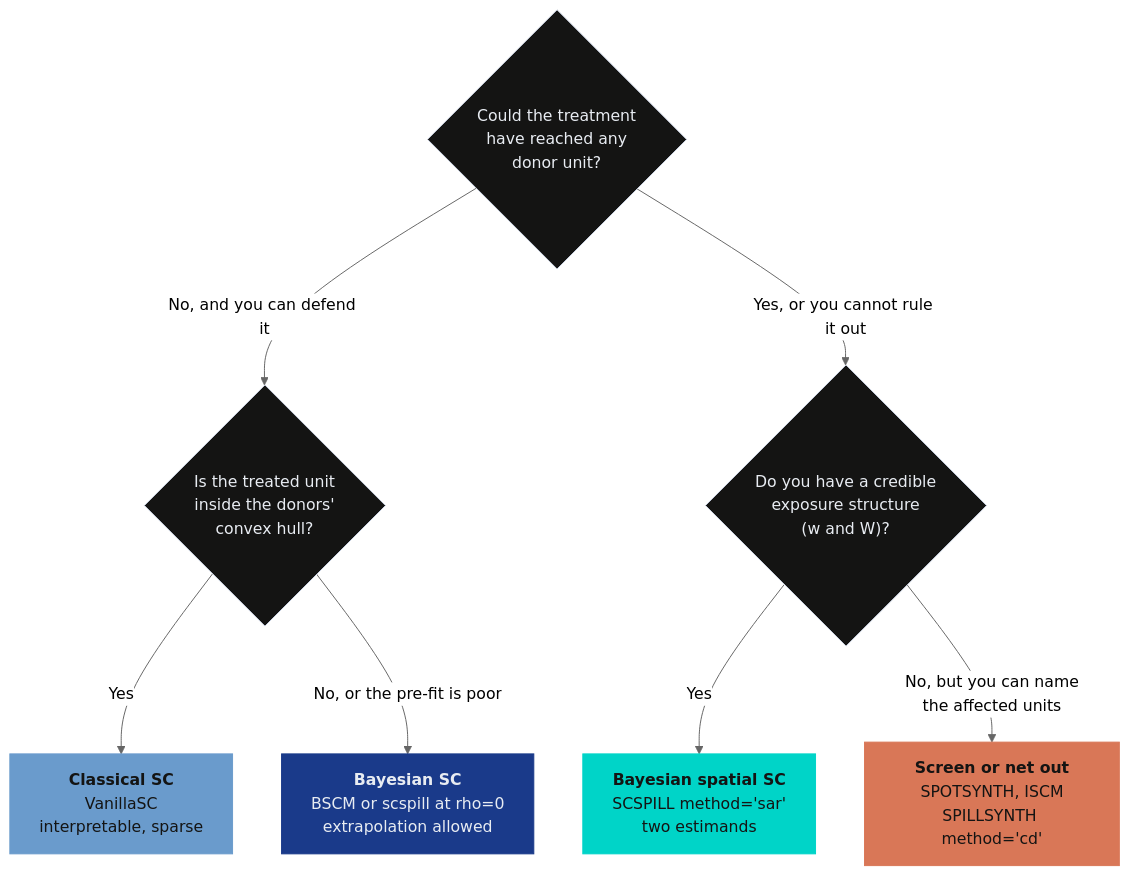
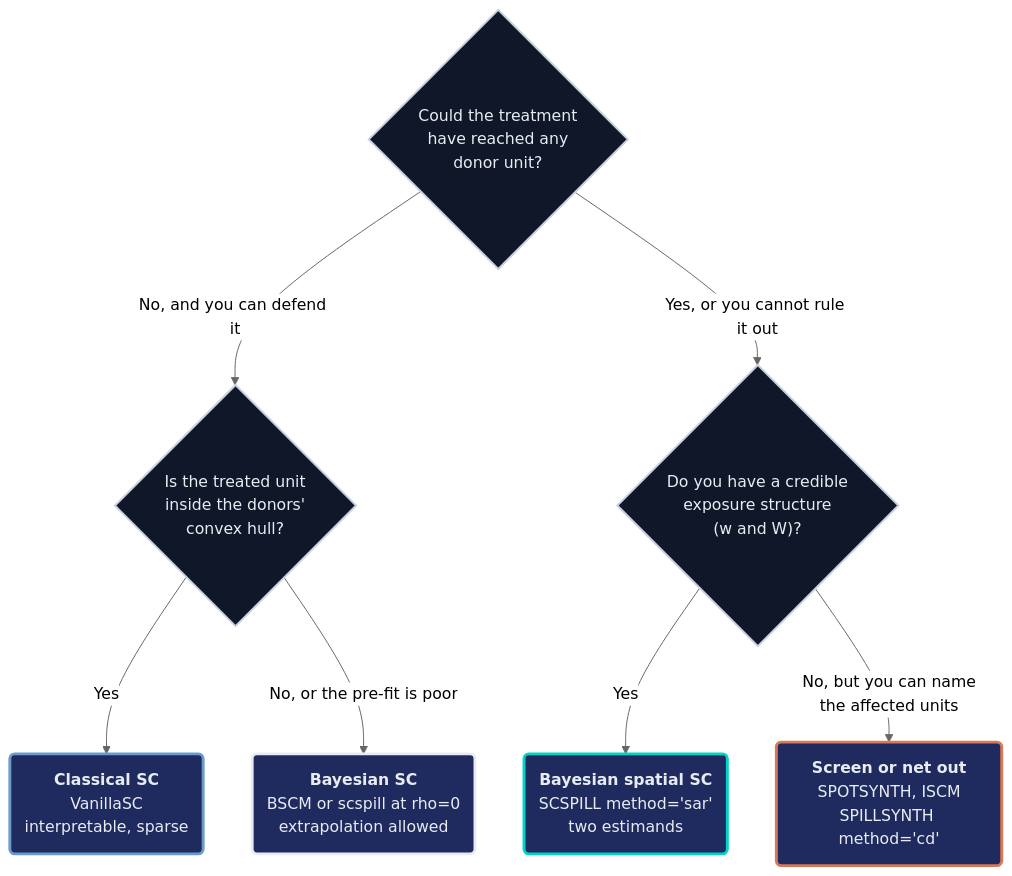
One commit to cmg777/starter-academic-v501 changed the fourth of 4 diagrams in content/post/python_sc_bayes_spatial/references/tutorial.qmd. Above: the diagram before and after it, drawn with Mermaid (neutral theme). The commit also changed other lines of this file and 42 other files, not shown here.

First line of the commit message:
content(mermaid): restyle Mermaid copies in tutorial sources and the LaLonde slide deck

````diff
--- a/content/post/python_sc_bayes_spatial/references/tutorial.qmd
+++ b/content/post/python_sc_bayes_spatial/references/tutorial.qmd
@@ -1321,17 +1329,24 @@
 ```mermaid
 graph TD
     Q1{"Could the treatment<br/>have reached any<br/>donor unit?"}
     Q1 -->|"No, and you can defend it"| Q2{"Is the treated unit<br/>inside the donors'<br/>convex hull?"}
     Q1 -->|"Yes, or you cannot rule it out"| Q3{"Do you have a credible<br/>exposure structure<br/>(w and W)?"}
-    Q2 -->|Yes| SC["<b>Classical SC</b><br/>VanillaSC<br/>interpretable, sparse"]
-    Q2 -->|"No, or the pre-fit is poor"| BSC["<b>Bayesian SC</b><br/>BSCM or scspill at rho=0<br/>extrapolation allowed"]
-    Q3 -->|Yes| SAR["<b>Bayesian spatial SC</b><br/>SCSPILL method='sar'<br/>two estimands"]
-    Q3 -->|"No, but you can name<br/>the affected units"| ALT["<b>Screen or net out</b><br/>SPOTSYNTH, ISCM<br/>SPILLSYNTH method='cd'"]
-    style Q1 fill:#141413,stroke:#c8d0e0,color:#e8ecf2
-    style Q2 fill:#141413,stroke:#c8d0e0,color:#e8ecf2
-    style Q3 fill:#141413,stroke:#c8d0e0,color:#e8ecf2
-    style SC fill:#6a9bcc,stroke:#6a9bcc,color:#141413
-    style BSC fill:#1a3a8a,stroke:#1a3a8a,color:#e8ecf2
-    style SAR fill:#00d4c8,stroke:#00d4c8,color:#141413
-    style ALT fill:#d97757,stroke:#d97757,color:#141413
+    Q2 -->|Yes| SC("<b>Classical SC</b><br/>VanillaSC<br/>interpretable, sparse")
+    Q2 -->|"No, or the pre-fit is poor"| BSC("<b>Bayesian SC</b><br/>BSCM or scspill at rho=0<br/>extrapolation allowed")
+    Q3 -->|Yes| SAR("<b>Bayesian spatial SC</b><br/>SCSPILL method='sar'<br/>two estimands")
+    Q3 -->|"No, but you can name<br/>the affected units"| ALT("<b>Screen or net out</b><br/>SPOTSYNTH, ISCM<br/>SPILLSYNTH method='cd'")
+    classDef sty_Q1 fill:#0f1729,stroke:#c8d0e0,stroke-width:2px,color:#e8ecf2
+    class Q1 sty_Q1
+    classDef sty_Q2 fill:#0f1729,stroke:#c8d0e0,stroke-width:2px,color:#e8ecf2
+    class Q2 sty_Q2
+    classDef sty_Q3 fill:#0f1729,stroke:#c8d0e0,stroke-width:2px,color:#e8ecf2
+    class Q3 sty_Q3
+    classDef blue fill:#1f2b5e,stroke:#6a9bcc,stroke-width:3px,color:#e8ecf2
+    classDef key fill:#1f2b5e,stroke:#e8ecf2,stroke-width:3px,color:#e8ecf2
+    classDef teal fill:#1f2b5e,stroke:#00d4c8,stroke-width:3px,color:#e8ecf2
+    classDef orange fill:#1f2b5e,stroke:#d97757,stroke-width:3px,color:#e8ecf2
+    class SC blue
+    class BSC key
+    class SAR teal
+    class ALT orange
 ```
````
